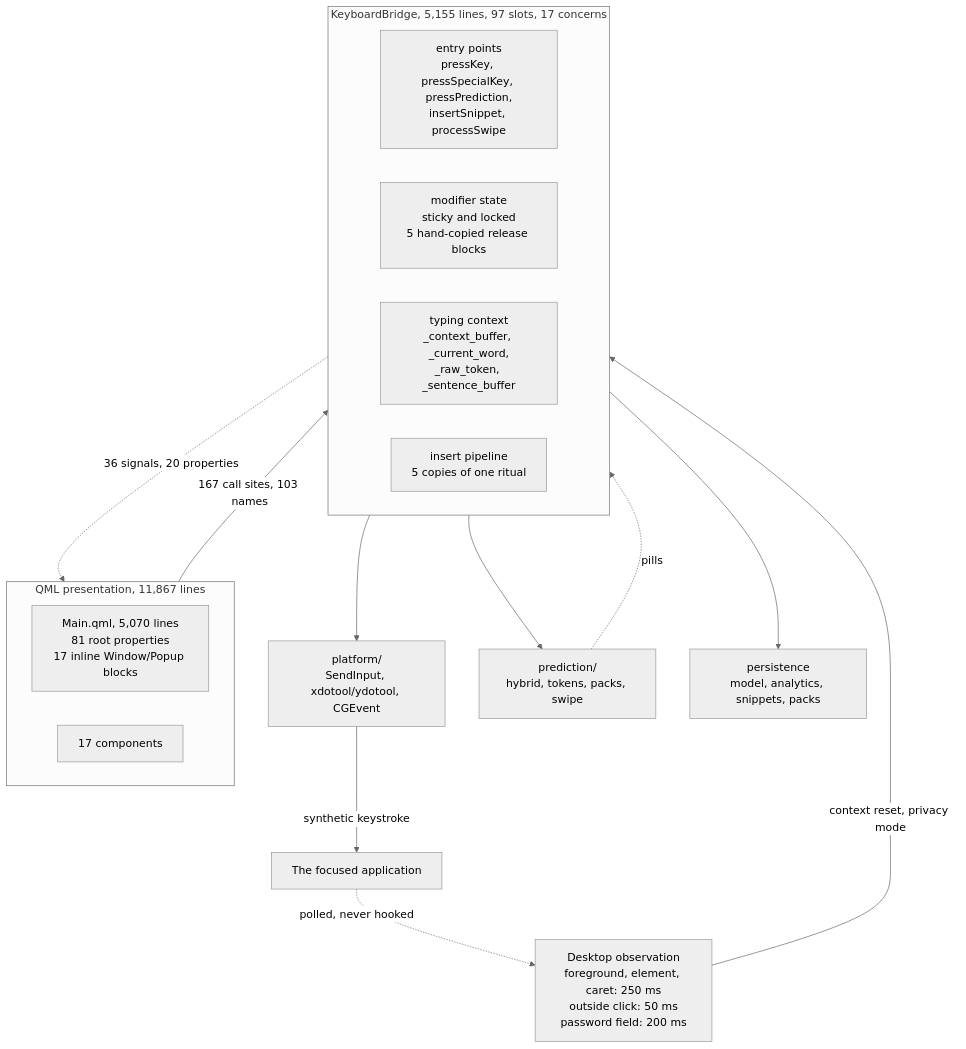
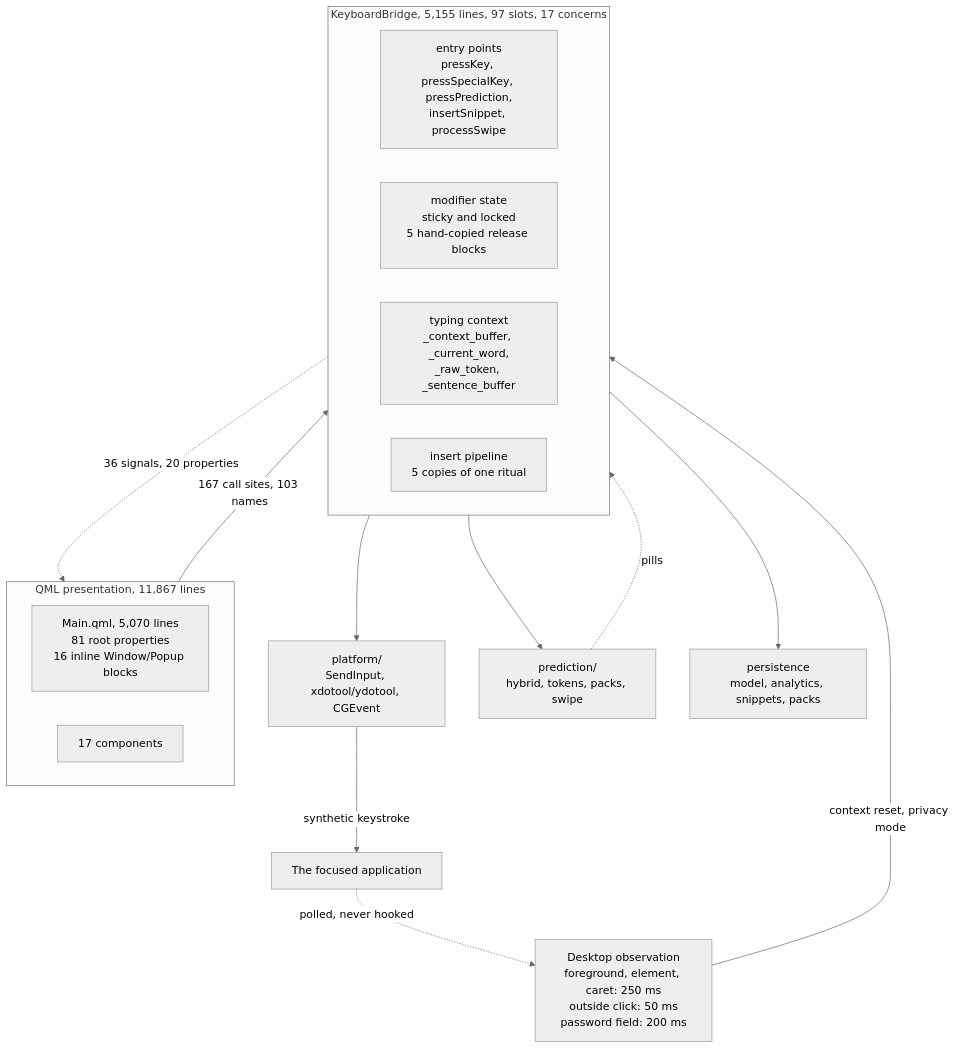
The first of 2 diagrams in docs/architecture/STRUCTURAL_REVIEW.md (owenpkent/alpha-osk), drawn with Mermaid (neutral theme) before and after one commit. The commit also changed other lines of this file, not shown here.

````diff
--- a/docs/architecture/STRUCTURAL_REVIEW.md
+++ b/docs/architecture/STRUCTURAL_REVIEW.md
@@ -23,30 +23,30 @@
 ```mermaid
 flowchart TD
     subgraph QML["QML presentation, 11,867 lines"]
-        MQ["Main.qml, 5,070 lines<br/>81 root properties<br/>17 inline Window/Popup blocks"]
+        MQ["Main.qml, 5,070 lines<br/>81 root properties<br/>16 inline Window/Popup blocks"]
         CP["17 components"]
     end
 
     subgraph BR["KeyboardBridge, 5,155 lines, 97 slots, 17 concerns"]
         EP["entry points<br/>pressKey, pressSpecialKey, pressPrediction,<br/>insertSnippet, processSwipe"]
         MS["modifier state<br/>sticky and locked<br/>5 hand-copied release blocks"]
         TC["typing context<br/>_context_buffer, _current_word,<br/>_raw_token, _sentence_buffer"]
         IP["insert pipeline<br/>5 copies of one ritual"]
     end
 
     PL["platform/<br/>SendInput, xdotool/ydotool, CGEvent"]
     PE["prediction/<br/>hybrid, tokens, packs, swipe"]
     PS["persistence<br/>model, analytics, snippets, packs"]
     APP["The focused application"]
     OBS["Desktop observation<br/>foreground, element, caret: 250 ms<br/>outside click: 50 ms<br/>password field: 200 ms"]
 
     QML -->|"167 call sites, 103 names"| BR
     BR -.->|"36 signals, 20 properties"| QML
     BR --> PL
     BR --> PE
     PE -.->|"pills"| BR
     BR --> PS
     PL -->|"synthetic keystroke"| APP
     APP -.->|"polled, never hooked"| OBS
     OBS -->|"context reset, privacy mode"| BR
 ```
````
